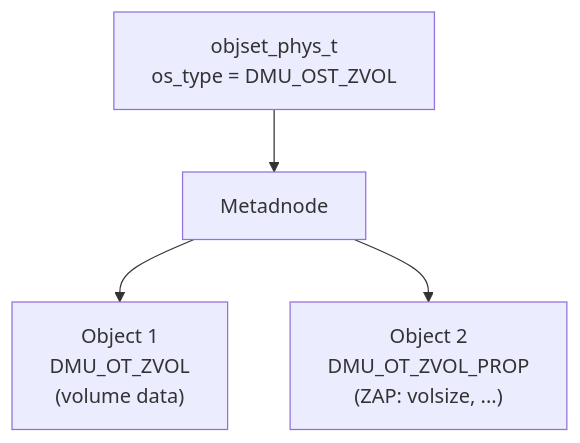
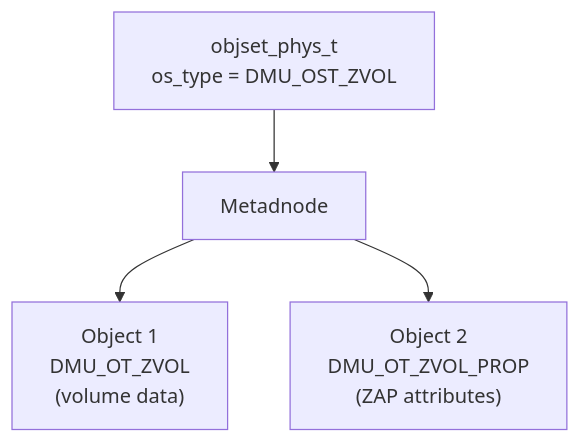
Before and after one commit to mminkus/zfs-ondiskformat: the diagram in docs/08-zvol.md, drawn with Mermaid. The commit also changed other lines of this file, not shown here.

First line of the commit message:
Modernize Chapter 8: ZVOL (constants, sizing rules, ZIL replay)

````diff
--- a/docs/08-zvol.md
+++ b/docs/08-zvol.md
@@ -35,11 +16,11 @@
 ```mermaid
 graph TD
     OS["objset_phys_t<br/>os_type = DMU_OST_ZVOL"]
     MD["Metadnode"]
     DATA["Object 1<br/>DMU_OT_ZVOL<br/>(volume data)"]
-    PROPS["Object 2<br/>DMU_OT_ZVOL_PROP<br/>(ZAP: volsize, ...)"]
+    PROPS["Object 2<br/>DMU_OT_ZVOL_PROP<br/>(ZAP attributes)"]
 
     OS --> MD
     MD --> DATA
     MD --> PROPS
 ```
````
